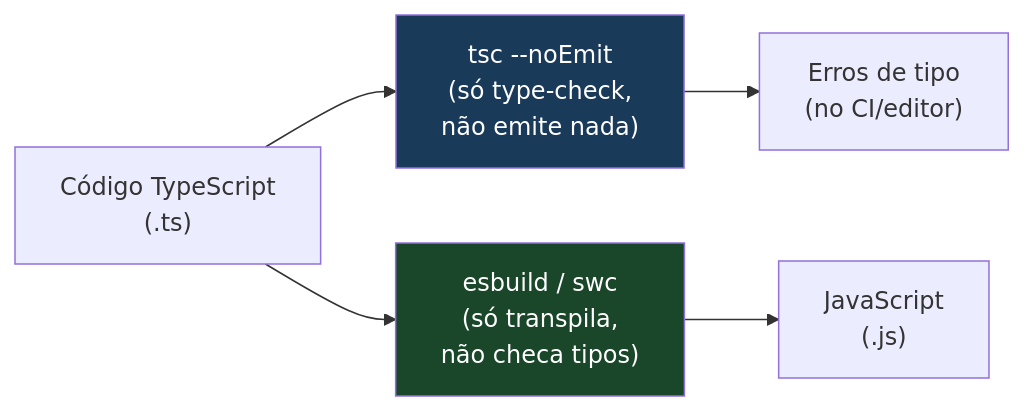
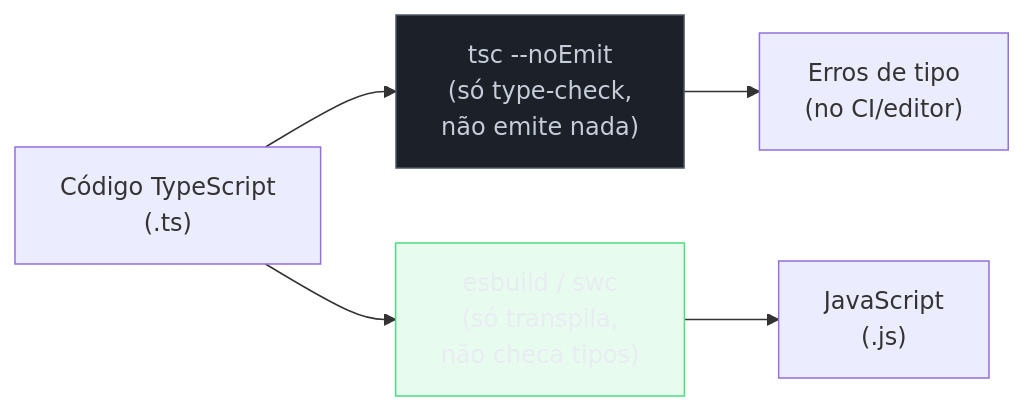
The eighth of 8 diagrams in 03-Dominios/Tecnologia/TypeScript/25 - TypeScript em escala - performance do compilador e project references.md (josenaldo/codex-technomanticus), drawn with Mermaid before and after one commit. The commit also changed other lines of this file and 1181 other files, not shown here.

First line of the commit message:
fix(diagramas): paleta do sistema no lugar de cor cravada no markdown

````diff
--- a/03-Dominios/Tecnologia/TypeScript/25 - TypeScript em escala - performance do compilador e project references.md
+++ b/03-Dominios/Tecnologia/TypeScript/25 - TypeScript em escala - performance do compilador e project references.md
@@ -572,16 +579,18 @@
 ```mermaid
 graph LR
+    classDef neutro fill:#1B2029,stroke:#4E5666,color:#C6CCD8
+    classDef ok fill:#4ADE8021,stroke:#4ADE80,color:#E9ECF2
     SRC["Código TypeScript\n(.ts)"]
 
     TSC["tsc --noEmit\n(só type-check,\nnão emite nada)"]
     BUILD["esbuild / swc\n(só transpila,\nnão checa tipos)"]
 
     JS["JavaScript\n(.js)"]
     ERRORS["Erros de tipo\n(no CI/editor)"]
 
     SRC --> TSC --> ERRORS
     SRC --> BUILD --> JS
 
-    style TSC fill:#1a3a5a,color:#fff
-    style BUILD fill:#1a472a,color:#fff
+    class TSC neutro
+    class BUILD ok
 ```
````
